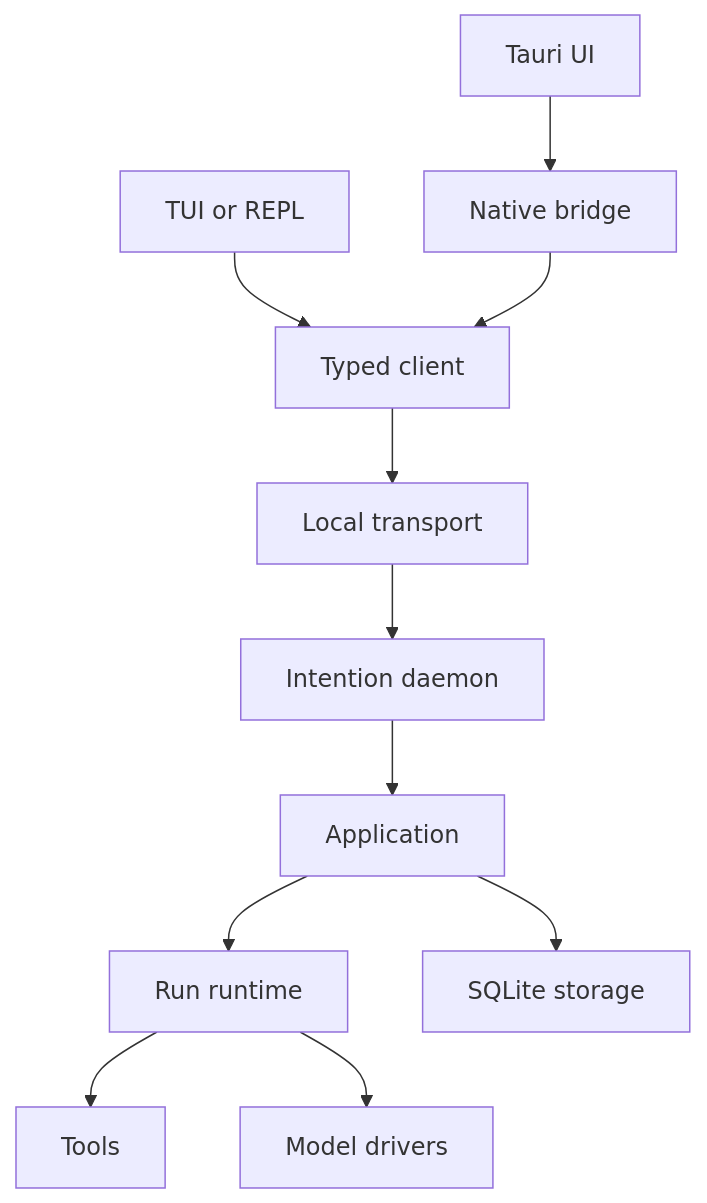
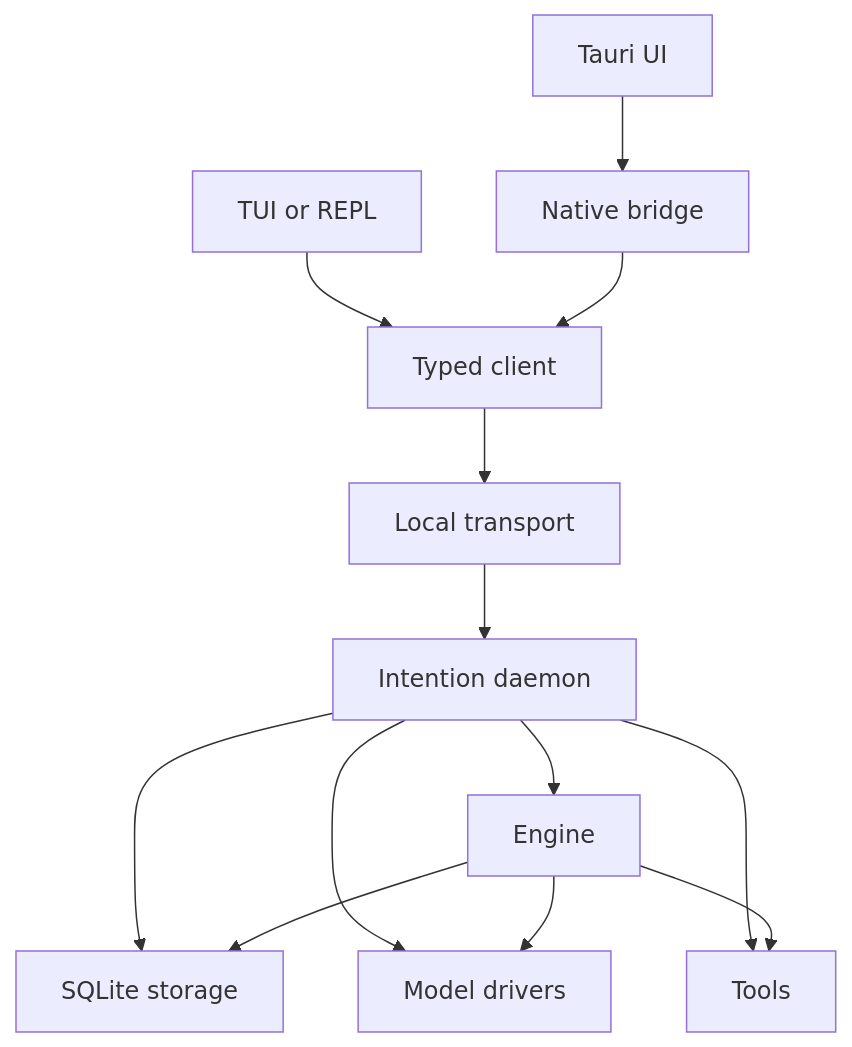
The first of 2 diagrams in docs/intention-relay/architecture/README.md (y0tsy/intention-relay), drawn with Mermaid before and after one commit. The commit also changed other lines of this file and 16 other files, not shown here.

First line of the commit message:
docs: align the architecture set with the shipped tree

````diff
--- a/docs/intention-relay/architecture/README.md
+++ b/docs/intention-relay/architecture/README.md
@@ -21,13 +21,15 @@
 ```mermaid
 flowchart TD
   UI[Tauri UI] --> BR[Native bridge]
   TUI[TUI or REPL] --> CL[Typed client]
   BR --> CL
   CL --> TR[Local transport]
   TR --> DM[Intention daemon]
-  DM --> AP[Application]
-  AP --> RT[Run runtime]
-  AP --> ST[SQLite storage]
-  RT --> TL[Tools]
-  RT --> MD[Model drivers]
+  DM --> EN[Engine]
+  DM --> ST[SQLite storage]
+  DM --> MD[Model drivers]
+  DM --> TL[Tools]
+  EN --> ST
+  EN --> MD
+  EN --> TL
 ```
````
